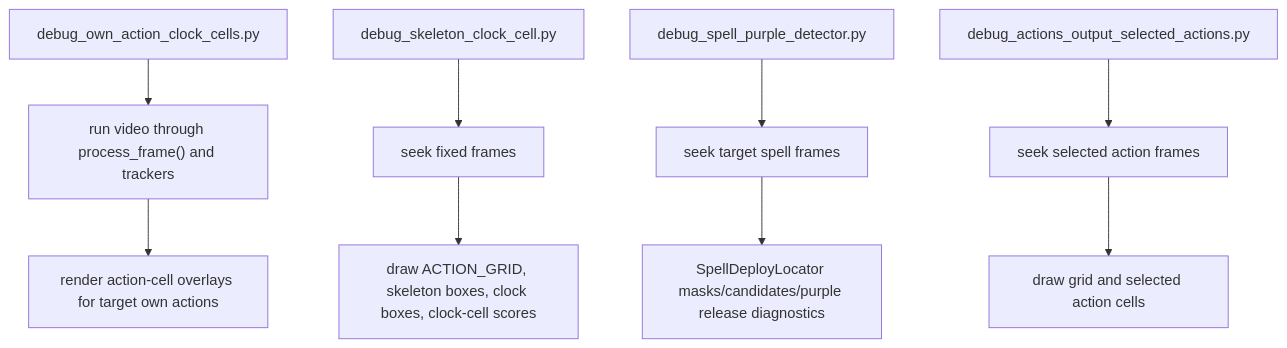
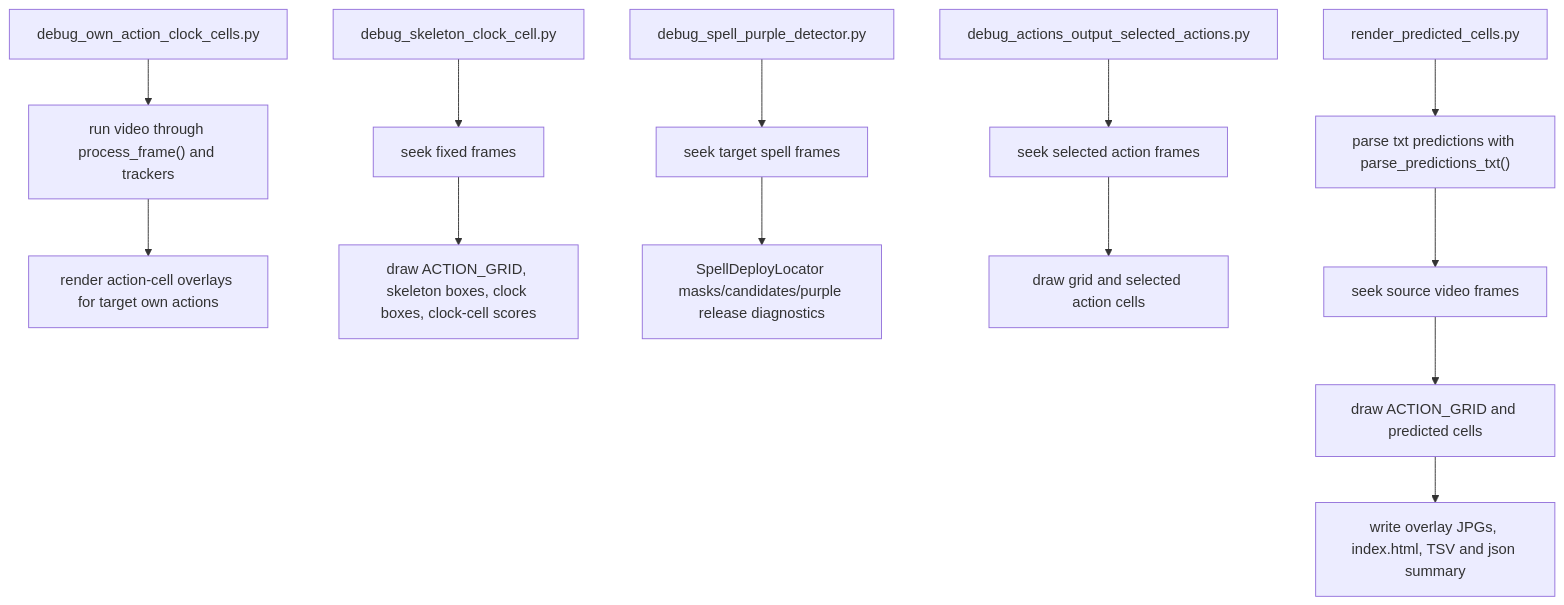
Diagram 18 of 19 in docs/flowcharts.md (Keschler/cr-bot), drawn with Mermaid before and after one commit. The commit also changed other lines of this file, not shown here.

Commit message:
Update flowcharts for current runtime and mining flow

````diff
--- a/docs/flowcharts.md
+++ b/docs/flowcharts.md
@@ -458,14 +507,19 @@
 ```mermaid
 flowchart TD
     A["debug_own_action_clock_cells.py"] --> B["run video through process_frame() and trackers"]
     B --> C["render action-cell overlays for target own actions"]
 
     D["debug_skeleton_clock_cell.py"] --> E["seek fixed frames"]
     E --> F["draw ACTION_GRID, skeleton boxes, clock boxes, clock-cell scores"]
 
     G["debug_spell_purple_detector.py"] --> H["seek target spell frames"]
     H --> I["SpellDeployLocator masks/candidates/purple release diagnostics"]
 
     J["debug_actions_output_selected_actions.py"] --> K["seek selected action frames"]
     K --> L["draw grid and selected action cells"]
+
+    M["render_predicted_cells.py"] --> N["parse txt predictions with parse_predictions_txt()"]
+    N --> O["seek source video frames"]
+    O --> P["draw ACTION_GRID and predicted cells"]
+    P --> Q["write overlay JPGs, index.html, TSV and json summary"]
 ```
````
